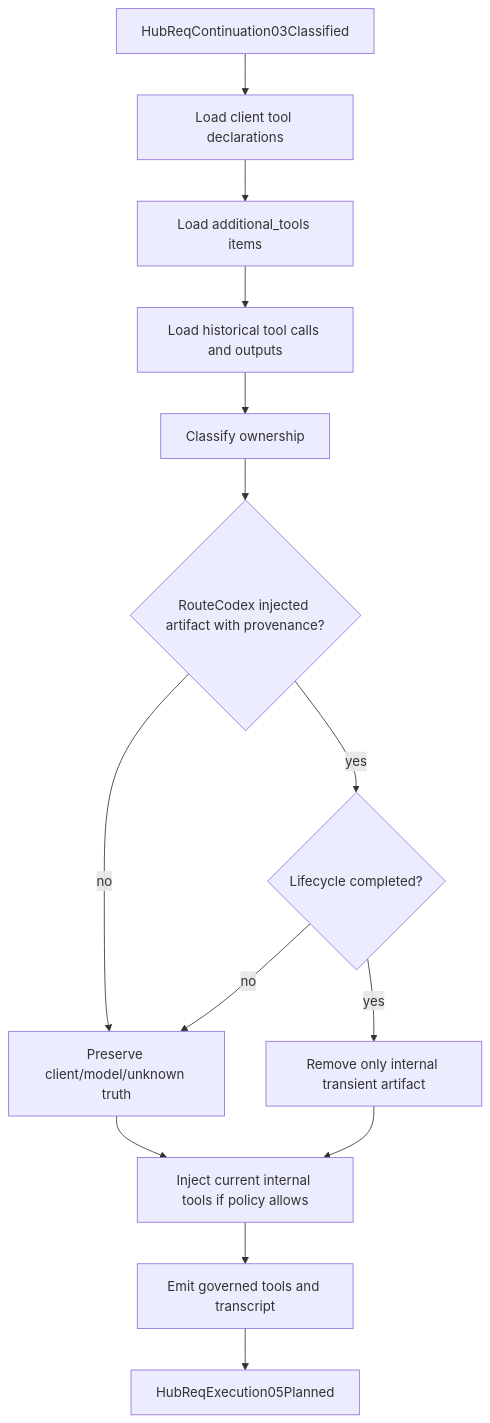
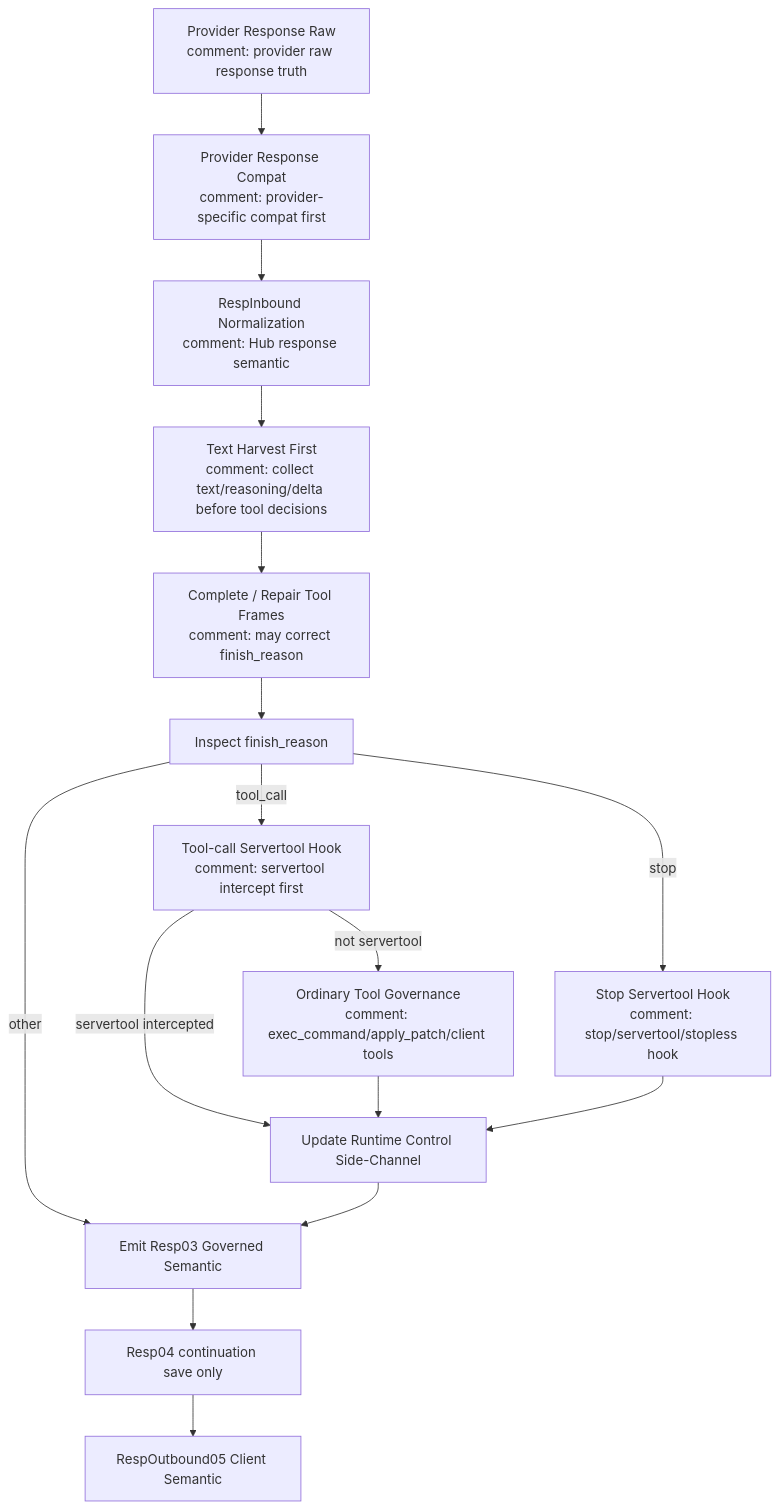
The second of 2 diagrams in docs/architecture/wiki/v3-req04-tool-governance-review.md (Jasonzhangf/routecodex), drawn with Mermaid before and after one commit. The commit also changed other lines of this file and 42 other files, not shown here.

Commit message:
fix(v3): lock response governance boundaries

````diff
--- a/docs/architecture/wiki/v3-req04-tool-governance-review.md
+++ b/docs/architecture/wiki/v3-req04-tool-governance-review.md
@@ -20,16 +71,18 @@
 ```mermaid
 flowchart TD
-  A[HubReqContinuation03Classified] --> B[Load client tool declarations]
-  B --> C[Load additional_tools items]
-  C --> D[Load historical tool calls and outputs]
-  D --> E[Classify ownership]
-  E --> F{RouteCodex injected artifact with provenance?}
-  F -- no --> G[Preserve client/model/unknown truth]
-  F -- yes --> H{Lifecycle completed?}
-  H -- no --> G
-  H -- yes --> I[Remove only internal transient artifact]
-  G --> J[Inject current internal tools if policy allows]
-  I --> J
-  J --> K[Emit governed tools and transcript]
-  K --> L[HubReqExecution05Planned]
+  A[Provider Response Raw\ncomment: provider raw response truth] --> B[Provider Response Compat\ncomment: provider-specific compat first]
+  B --> C[RespInbound Normalization\ncomment: Hub response semantic]
+  C --> D[Text Harvest First\ncomment: collect text/reasoning/delta before tool decisions]
+  D --> E[Complete / Repair Tool Frames\ncomment: may correct finish_reason]
+  E --> F[Inspect finish_reason]
+  F -- tool_call --> G[Tool-call Servertool Hook\ncomment: servertool intercept first]
+  F -- stop --> H[Stop Servertool Hook\ncomment: stop/servertool/stopless hook]
+  F -- other --> K[Emit Resp03 Governed Semantic]
+  G -- servertool intercepted --> I[Update Runtime Control Side-Channel]
+  G -- not servertool --> J[Ordinary Tool Governance\ncomment: exec_command/apply_patch/client tools]
+  J --> I
+  H --> I
+  I --> K
+  K --> L[Resp04 continuation save only]
+  L --> M[RespOutbound05 Client Semantic]
 ```
````
